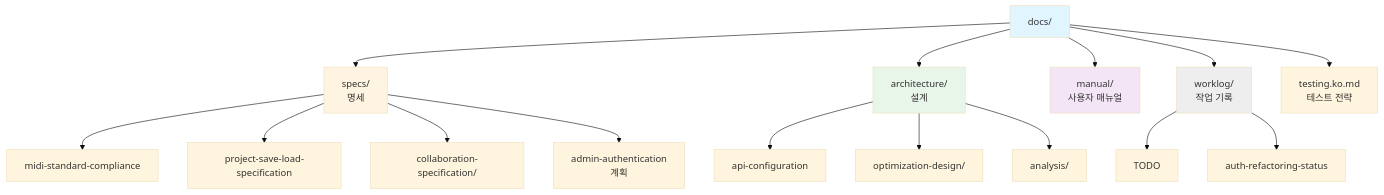
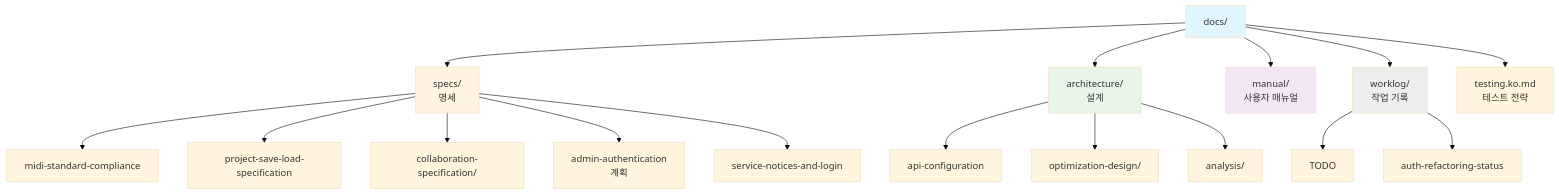
One commit to JaceDashS/online-sequencer changed the diagram in docs/README.ko.md. Above: the diagram before and after it, drawn with Mermaid (base theme). The commit also changed other lines of this file and 22 other files, not shown here.

First line of the commit message:
[feat] Add jace-s service notice toasts and api.jace-s.com login session

````diff
--- a/docs/README.ko.md
+++ b/docs/README.ko.md
@@ -13,26 +13,27 @@
 ```mermaid
 graph TB
     A[docs/] --> B[specs/<br/>명세]
     A --> C[architecture/<br/>설계]
     A --> D[manual/<br/>사용자 매뉴얼]
     A --> E[worklog/<br/>작업 기록]
     A --> F[testing.ko.md<br/>테스트 전략]
 
     B --> B1[midi-standard-compliance]
     B --> B2[project-save-load-specification]
     B --> B3[collaboration-specification/]
     B --> B4[admin-authentication<br/>계획]
+    B --> B5[service-notices-and-login]
 
     C --> C1[api-configuration]
     C --> C2[optimization-design/]
     C --> C3[analysis/]
 
     E --> E1[TODO]
     E --> E2[auth-refactoring-status]
 
     style A fill:#e1f5ff
     style B fill:#fff4e1
     style C fill:#e8f5e9
     style D fill:#f3e5f5
     style E fill:#eeeeee
 ```
````
